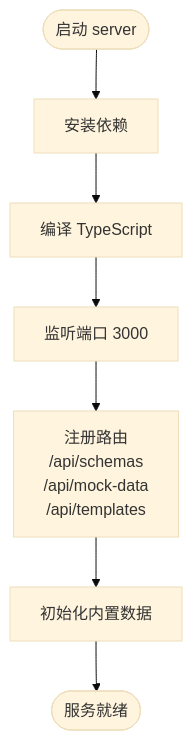
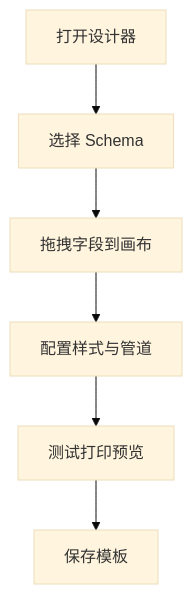
Before and after one commit to joker-yjc/printer: the fourth of 8 diagrams in .qoder/repowiki/zh/content/快速开始.md, drawn with Mermaid (base theme). The commit also changed other lines of this file and 274 other files, not shown here.

````diff
--- a/.qoder/repowiki/zh/content/快速开始.md
+++ b/.qoder/repowiki/zh/content/快速开始.md
@@ -144,9 +182,8 @@
 ```mermaid
 flowchart TD
-Start(["启动 server"]) --> Install["安装依赖"]
-Install --> Build["编译 TypeScript"]
-Build --> Listen["监听端口 3000"]
-Listen --> Routes["注册路由<br/>/api/schemas<br/>/api/mock-data<br/>/api/templates"]
-Routes --> Init["初始化内置数据"]
-Init --> Ready(["服务就绪"])
+Step1["打开设计器"] --> Step2["选择 Schema"]
+Step2 --> Step3["拖拽字段到画布"]
+Step3 --> Step4["配置样式与管道"]
+Step4 --> Step5["测试打印预览"]
+Step5 --> Step6["保存模板"]
 ```
````
